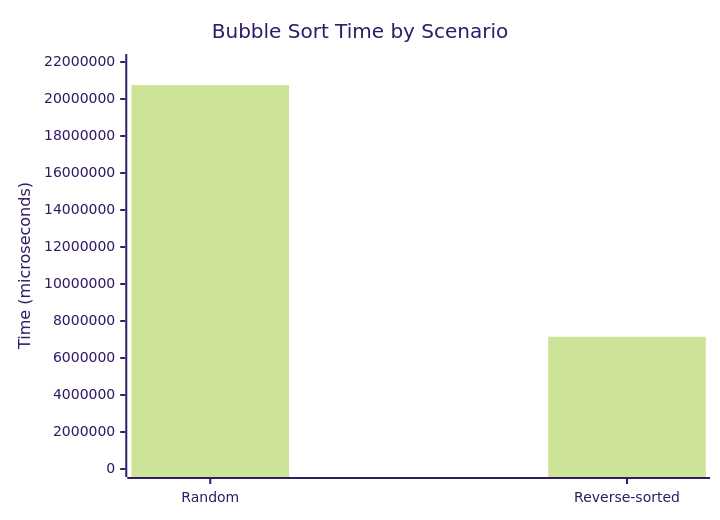
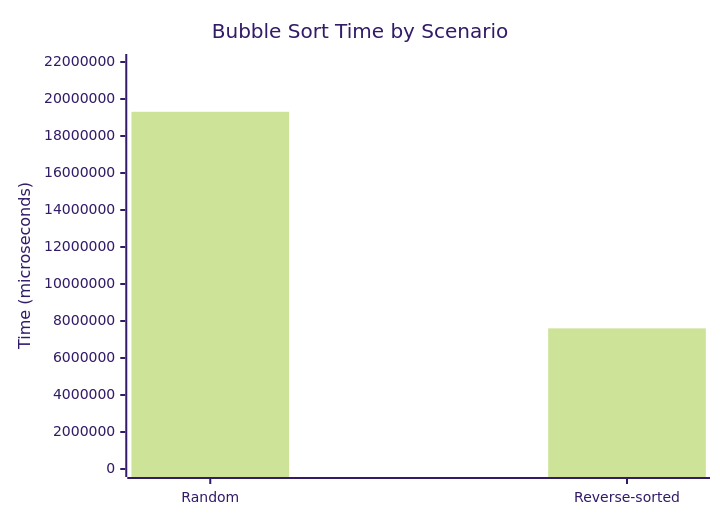
One commit to Aptuo/Benchmark-Algorithms-Sorting changed the diagram in README.md. Above: the diagram before and after it, drawn with Mermaid (forest theme). The commit also changed other lines of this file, not shown here.

Commit message:
Update benchmark chart values from latest run output

````diff
--- a/README.md
+++ b/README.md
@@ -10,7 +10,7 @@
 ```mermaid
 xychart-beta
     title "Bubble Sort Time by Scenario"
     x-axis ["Random", "Reverse-sorted"]
     y-axis "Time (microseconds)" 0 --> 22000000
-    bar [20755875.394, 7150437.584]
+    bar [19308905.708, 7602108.173]
 ```
````
